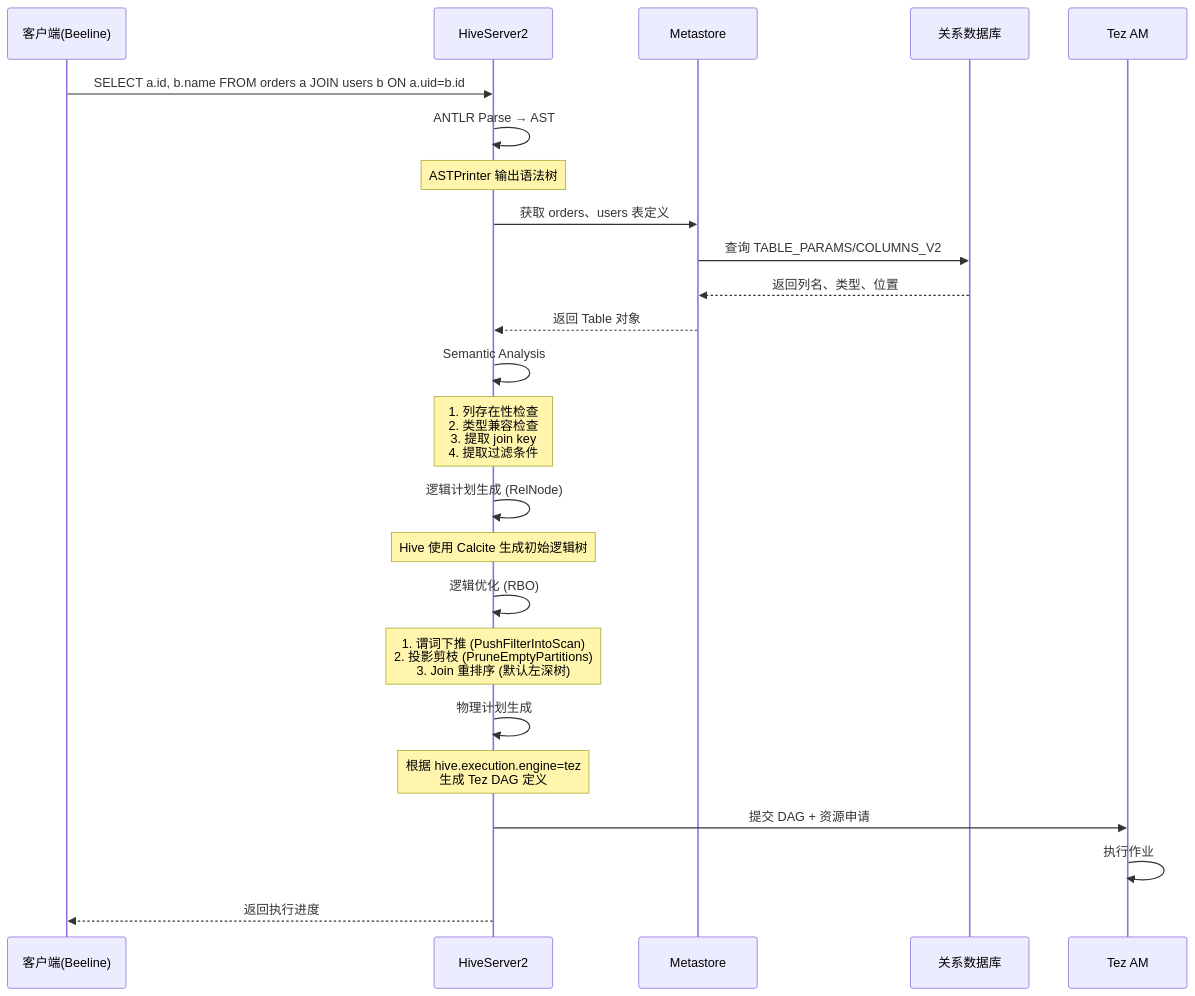
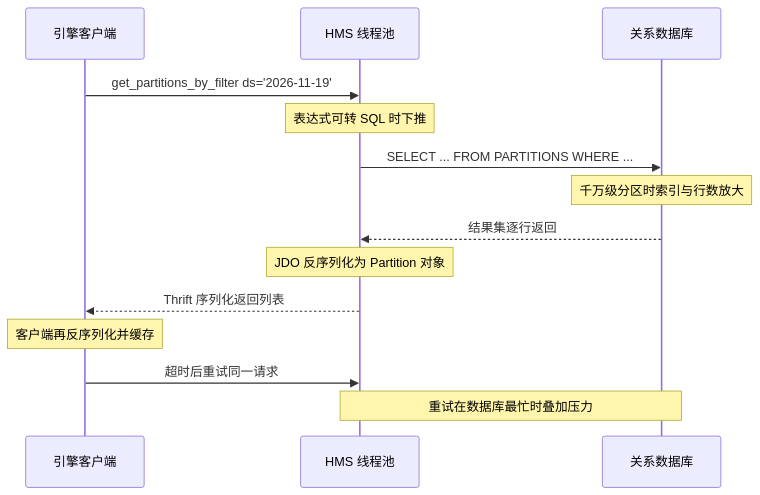
The fourth of 6 diagrams in content/大数据/读书笔记-大数据概览/05 Apache Hive：元数据中枢 HMS 与查询编译全流程.md (hpliStartAgain/my-brain), drawn with Mermaid before and after one commit. The commit also changed other lines of this file and 259 other files, not shown here.

````diff
--- a/content/大数据/读书笔记-大数据概览/05 Apache Hive：元数据中枢 HMS 与查询编译全流程.md
+++ b/content/大数据/读书笔记-大数据概览/05 Apache Hive：元数据中枢 HMS 与查询编译全流程.md
@@ -109,35 +246,17 @@
 ```mermaid
+%%{init: {'theme': 'dracula'}}%%
 sequenceDiagram
-    participant C as 客户端(Beeline)
-    participant H as HiveServer2
-    participant M as Metastore
-    participant R as 关系数据库
-    participant T as Tez AM
-
-    C->>H: SELECT a.id, b.name FROM orders a JOIN users b ON a.uid=b.id
-    
-    H->>H: ANTLR Parse → AST
-    Note over H: ASTPrinter 输出语法树
-    
-    H->>M: 获取 orders、users 表定义
-    M->>R: 查询 TABLE_PARAMS/COLUMNS_V2
-    R-->>M: 返回列名、类型、位置
-    M-->>H: 返回 Table 对象
-    
-    H->>H: Semantic Analysis
-    Note over H: 1. 列存在性检查<br/>2. 类型兼容检查<br/>3. 提取 join key<br/>4. 提取过滤条件
-    
-    H->>H: 逻辑计划生成 (RelNode)
-    Note over H: Hive 使用 Calcite 生成初始逻辑树
-    
-    H->>H: 逻辑优化 (RBO)
-    Note over H: 1. 谓词下推 (PushFilterIntoScan)<br/>2. 投影剪枝 (PruneEmptyPartitions)<br/>3. Join 重排序 (默认左深树)
-    
-    H->>H: 物理计划生成
-    Note over H: 根据 hive.execution.engine=tez<br/>生成 Tez DAG 定义
-    
-    H->>T: 提交 DAG + 资源申请
-    T->>T: 执行作业
-    
-    H-->>C: 返回执行进度
+    participant C as 引擎客户端
+    participant H as HMS 线程池
+    participant D as 关系数据库
+    C->>H: get_partitions_by_filter ds='2026-11-19'
+    Note over H: 表达式可转 SQL 时下推
+    H->>D: SELECT ... FROM PARTITIONS WHERE ...
+    Note over D: 千万级分区时索引与行数放大
+    D-->>H: 结果集逐行返回
+    Note over H: JDO 反序列化为 Partition 对象
+    H-->>C: Thrift 序列化返回列表
+    Note over C: 客户端再反序列化并缓存
+    C->>H: 超时后重试同一请求
+    Note over H,D: 重试在数据库最忙时叠加压力
 ```
````
